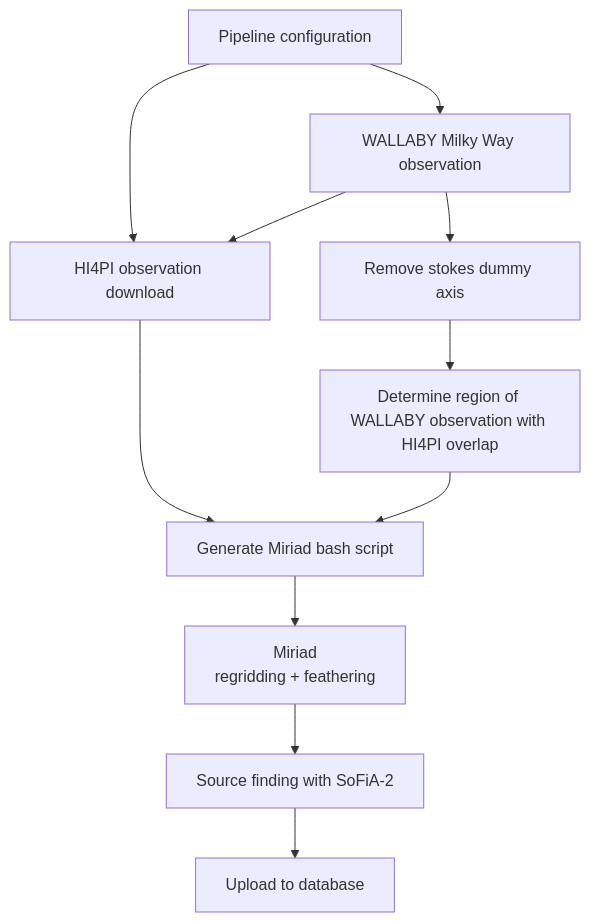
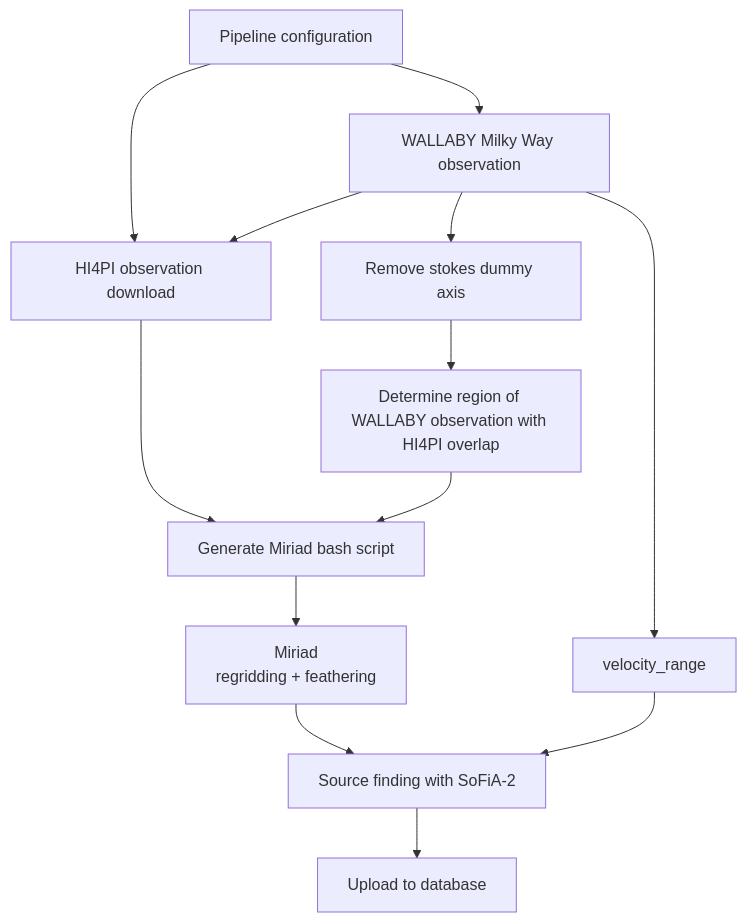
The diagram in README.md (AusSRC/wallaby_mw), drawn with Mermaid before and after one commit. The commit also changed other lines of this file and 6 other files, not shown here.

````diff
--- a/README.md
+++ b/README.md
@@ -20,26 +20,28 @@
 ```mermaid
 
 flowchart TD
     config["Pipeline configuration"]
     wallaby["WALLABY Milky Way observation"]
     hi4pi["HI4PI observation download"]
     subfits["Remove stokes dummy axis"]
     region["Determine region of WALLABY observation with HI4PI overlap"]
     miriad_script["Generate Miriad bash script"]
     miriad["Miriad
      regridding + feathering"]
     sofia["Source finding with SoFiA-2"]
     sofiax["Upload to database"]
 
     config --> hi4pi
     config --> wallaby
     wallaby --> hi4pi
     wallaby --> subfits
     subfits --> region
     region --> miriad_script
     hi4pi --> miriad_script
     miriad_script --> miriad
     miriad --> sofia
+    wallaby --> velocity_range
+    velocity_range --> sofia
     sofia --> sofiax
 
 ```
````
